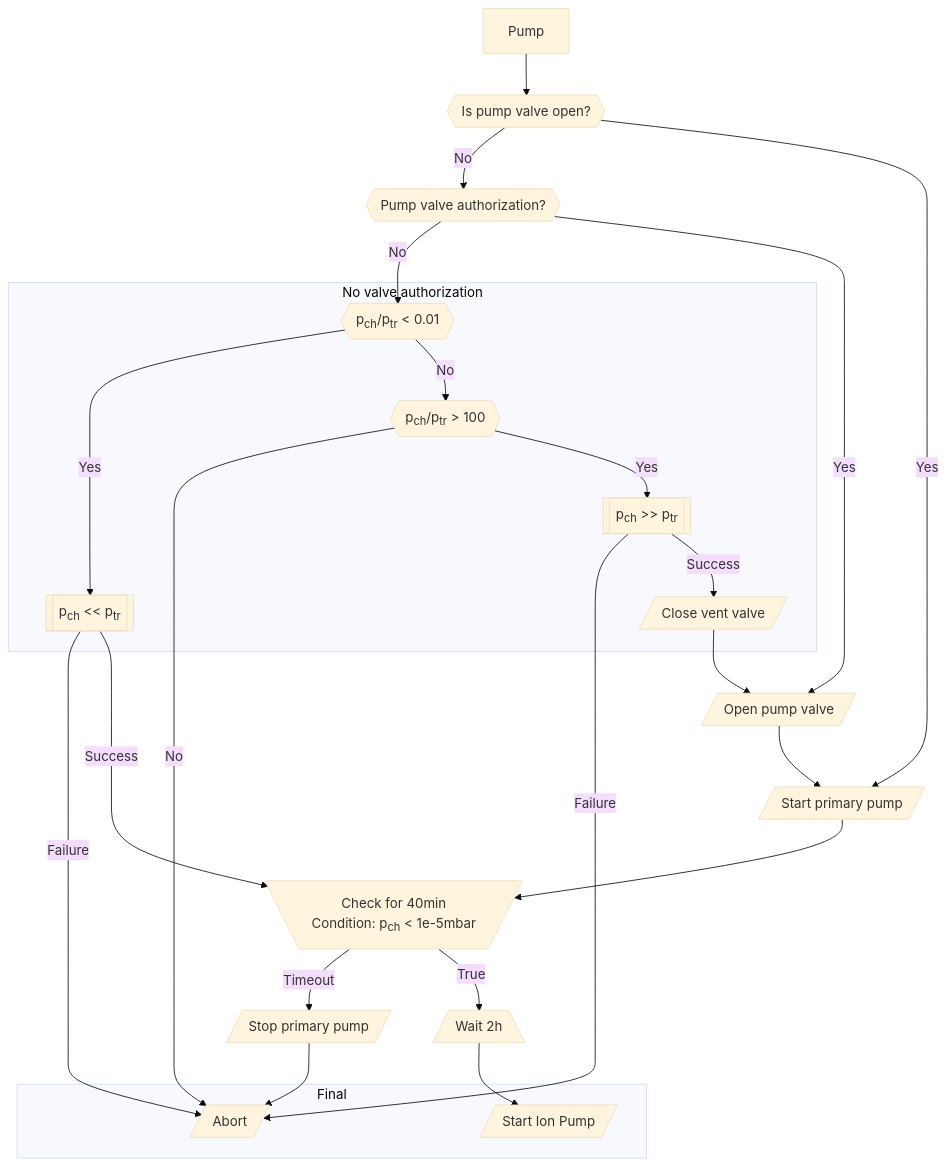
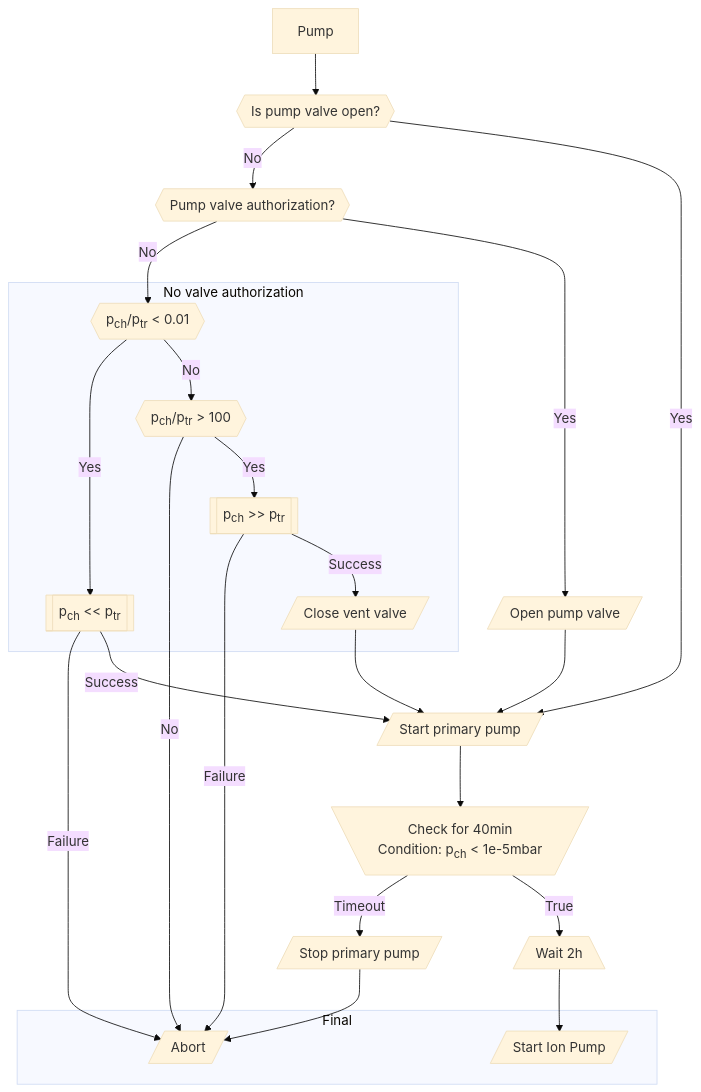
The seventh of 9 diagrams in docs/src/workflows.md (parkourlrc/pcb-trappitsch--cryostorage-42fec10e6a), drawn with Mermaid (base theme) before and after one commit. The commit also changed other lines of this file and 4 other files, not shown here.

````diff
--- a/docs/src/workflows.md
+++ b/docs/src/workflows.md
@@ -184,37 +184,37 @@
 ```mermaid
   flowchart TD
     T[Pump] --> IsOP
     IsOP{{Is pump valve open?}} -->|No| OPAuth
     OPAuth{{Pump valve authorization?}}
     OPAuth -->|No| PCL
     OPAuth -->|Yes| OP
     OP[/Open pump valve/]
     OP --> PP
     IsOP -->|Yes| PP
     PP[/Start primary pump/] --> PCHK
     PCHK[\"Check for 40min 
         Condition: p<sub>ch</sub> < 1e-5mbar"/]
     PCHK -->|Timeout| StPP[/Stop primary pump/] --> Err
     PCHK -->|True| IPTIM
     IPTIM[/Wait 2h\] --> IP
 
     subgraph Level3 [Final]
       IP[/Start Ion Pump/]
       Err[/Abort/]
     end
 
     subgraph Level2 [No valve authorization]
       %% Branch where pch << ptr
       PCL{{p<sub>ch</sub>/p<sub>tr</sub> < 0.01}} -->|Yes| PCLW
       %% Branch where pch >> ptr
       PCL -->|No| PCH{{p<sub>ch</sub>/p<sub>tr</sub> > 100}} 
       PCH -->|No| Err
       PCH -->|Yes| PCHW
       PCHW[[p<sub>ch</sub> >> p<sub>tr</sub>]]
       CVV[/Close vent valve/]
     end
     PCLW -->|Failure| Err
-    PCLW[[p<sub>ch</sub> << p<sub>tr</sub>]] -->|Success| PCHK
+    PCLW[[p<sub>ch</sub> << p<sub>tr</sub>]] -->|Success| PP
     PCHW -->|Failure| Err
-    PCHW -->|Success| CVV --> OP 
+    PCHW -->|Success| CVV --> PP 
 ```
````
